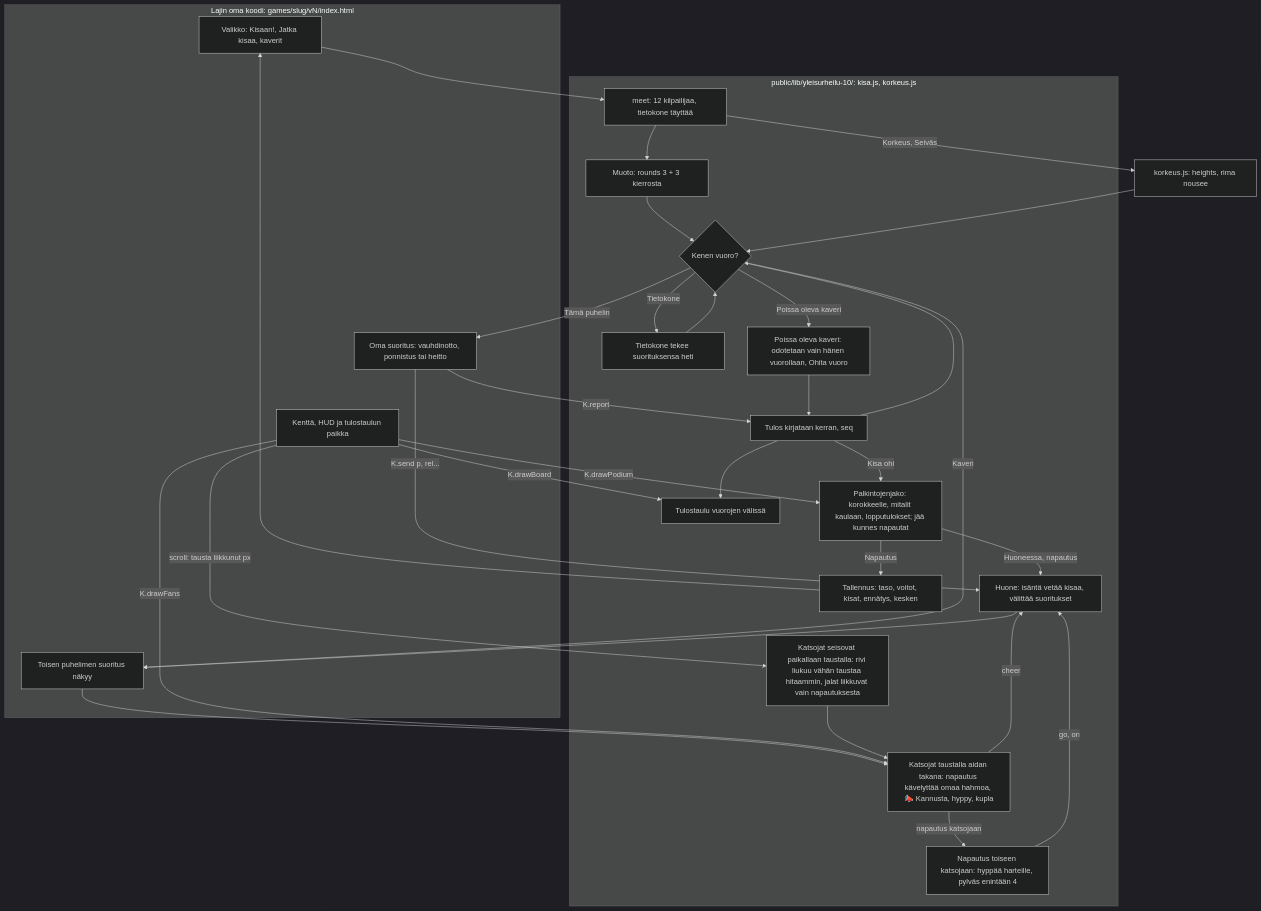
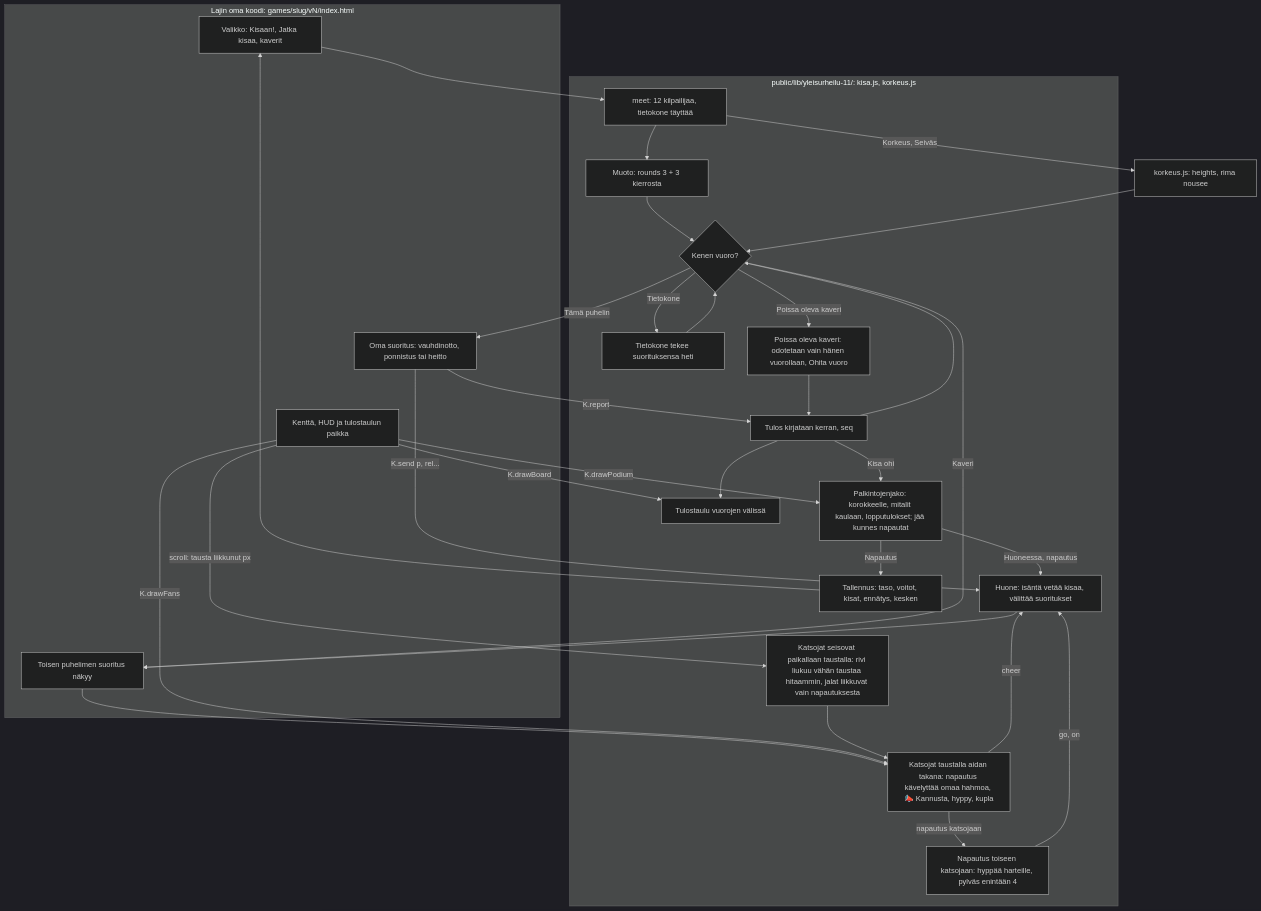
One commit to eerovil/ai-pelit changed the diagram in docs/diagrams/yleisurheilu-kirjasto.md. Above: the diagram before and after it, drawn with Mermaid (dark theme). The commit also changed other lines of this file and 9 other files, not shown here.

````diff
--- a/docs/diagrams/yleisurheilu-kirjasto.md
+++ b/docs/diagrams/yleisurheilu-kirjasto.md
@@ -32,52 +35,52 @@
 ```mermaid
 flowchart TD
   subgraph Peli[Lajin oma koodi: games/slug/vN/index.html]
     G1[Valikko: Kisaan!, Jatka kisaa, kaverit]
     G2[Oma suoritus: vauhdinotto, ponnistus tai heitto]
     G3[Toisen puhelimen suoritus näkyy]
     G4[Kenttä, HUD ja tulostaulun paikka]
   end
-  subgraph Kirjasto[public/lib/yleisurheilu-10/: kisa.js, korkeus.js]
+  subgraph Kirjasto[public/lib/yleisurheilu-11/: kisa.js, korkeus.js]
     K1[meet: 12 kilpailijaa, tietokone täyttää]
     K2[Muoto: rounds 3 + 3 kierrosta]
     K3{Kenen vuoro?}
     K4[Tietokone tekee suorituksensa heti]
     K5[Tulos kirjataan kerran, seq]
     K6[Tulostaulu vuorojen välissä]
     K9[Palkintojenjako: korokkeelle, mitalit kaulaan, lopputulokset; jää kunnes napautat]
     K7[Tallennus: taso, voitot, kisat, ennätys, kesken]
     K8[Huone: isäntä vetää kisaa, välittää suoritukset]
     K10[Katsojat taustalla aidan takana: napautus kävelyttää omaa hahmoa, 📣 Kannusta, hyppy, kupla]
     K13[Napautus toiseen katsojaan: hyppää harteille, pylväs enintään 4]
     K12[Katsojat seisovat paikallaan taustalla: rivi liukuu vähän taustaa hitaammin, jalat liikkuvat vain napautuksesta]
     K11[Poissa oleva kaveri: odotetaan vain hänen vuorollaan, Ohita vuoro]
   end
   G1 --> K1 --> K2 --> K3
   K1 -- Korkeus, Seiväs --> H1[korkeus.js: heights, rima nousee]
   H1 --> K3
   K3 -- Tietokone --> K4 --> K3
   K3 -- Poissa oleva kaveri --> K11 --> K5
   K3 -- Tämä puhelin --> G2
   K3 -- Kaveri --> G3
   G3 --> K10
   G4 -- K.drawFans --> K10
   G4 -- scroll: tausta liikkunut px --> K12
   K12 --> K10
   K10 -- napautus katsojaan --> K13
   K13 -- go, on --> K8
   K10 -- cheer --> K8
   G2 -- K.report --> K5
   G2 -- K.send p, rel... --> K8 --> G3
   K5 --> K3
   K5 --> K6
   K5 -- Kisa ohi --> K9
   K9 -- Napautus --> K7 --> G1
   K9 -- Huoneessa, napautus --> K8
   G4 -- K.drawBoard --> K6
   G4 -- K.drawPodium --> K9
   class G1,G2,G4 blue
   class G3,K8,K10,K11,K12,K13 violet
   class K3 amber
   class K1,K2,K4,K5,H1 teal
   class K6,K7,K9 green
 ```
````
